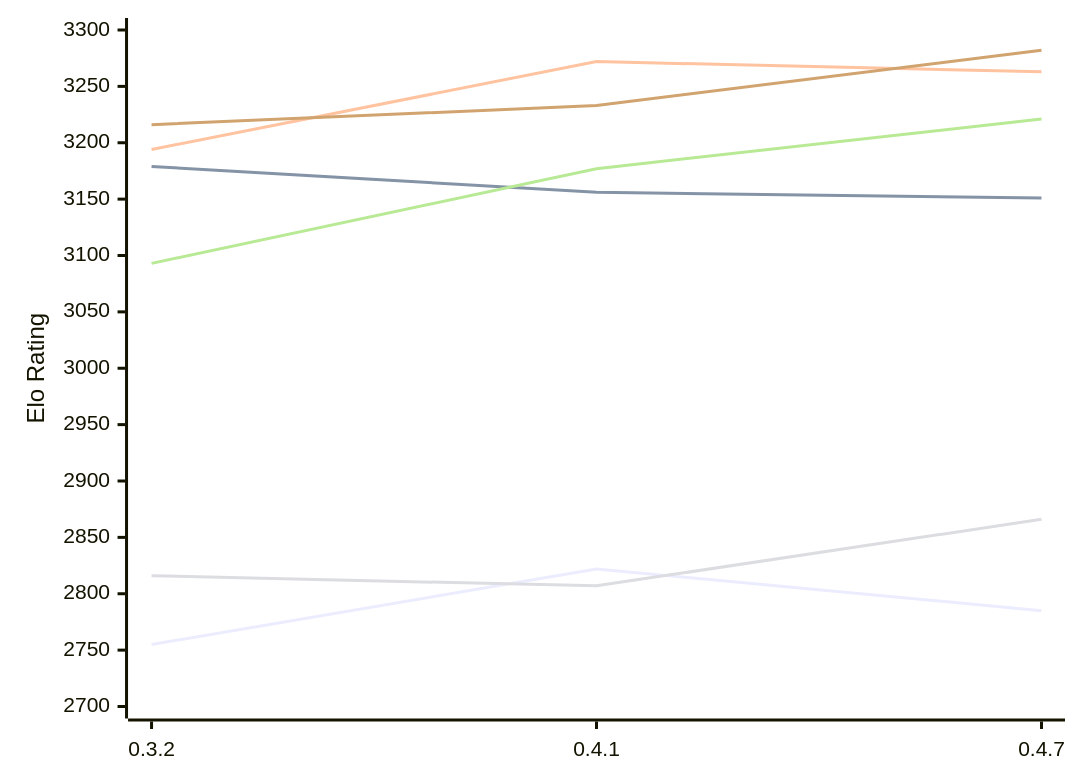
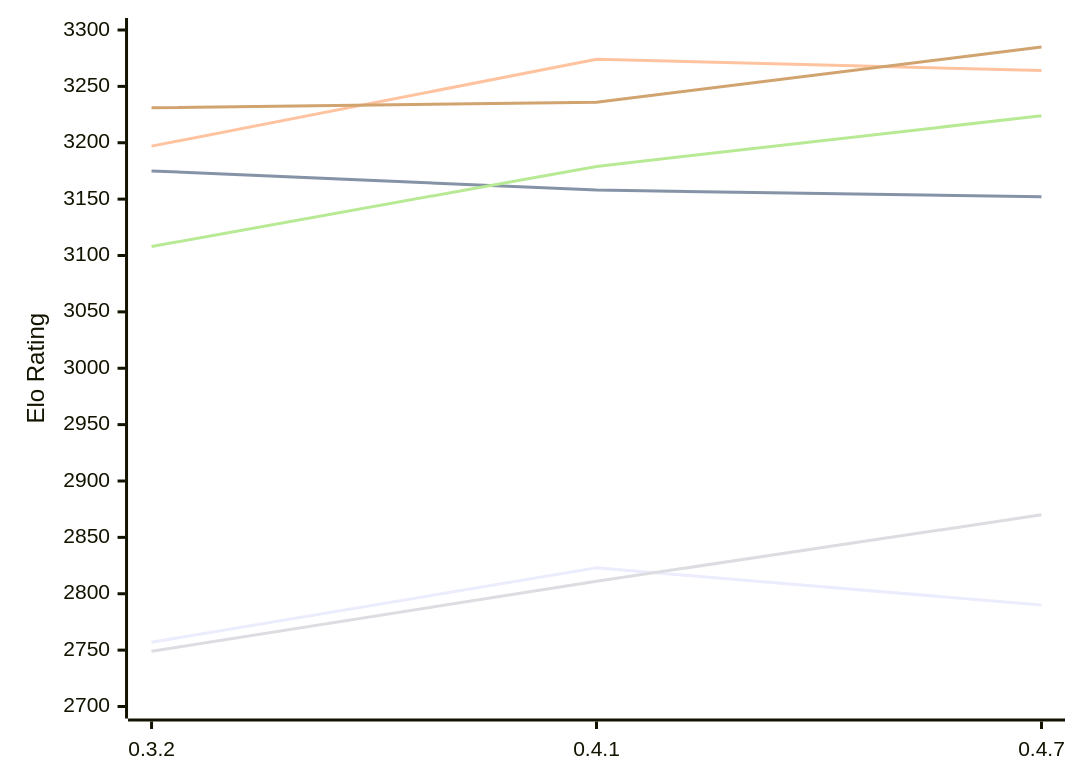
The diagram in engines/Arabica.md (computer-chess-index/cci), drawn with Mermaid before and after one commit. The commit also changed other lines of this file, not shown here.

Commit message:
Update CCI Ratings (ELO VLTC) - 2026-11-24

````diff
--- a/engines/Arabica.md
+++ b/engines/Arabica.md
@@ -51,12 +51,12 @@
 ```mermaid
 %%{init: {"theme":"base","themeVariables":{"seriesColors:['#a3a3a3','#222221','#faa371']}}}%%
 xychart-beta
   x-axis ["0.3.2", "0.4.1", "0.4.7"]
   y-axis "Elo Rating" 2700 --> 3300
-  line "E1: STC (8.0+0.08s)" [2755, 2822, 2785]
-  line "E1: LTC (60.0+0.60s)" [3179, 3156, 3151]
-  line "E1: VLTC (2m24s+1.12s)" [3194, 3272, 3263]
-  line "P1: STC (8.0+0.08s)" [2816, 2807, 2866]
-  line "P1: LTC (60.0+0.60s)" [3093, 3177, 3221]
-  line "P1: VLTC (2m24s+1.12s)" [3216, 3233, 3282]
+  line "E1: STC (8.0+0.08s)" [2757, 2823, 2790]
+  line "E1: LTC (60.0+0.60s)" [3175, 3158, 3152]
+  line "E1: VLTC (2m24s+1.12s)" [3197, 3274, 3264]
+  line "P1: STC (8.0+0.08s)" [2749, 2811, 2870]
+  line "P1: LTC (60.0+0.60s)" [3108, 3179, 3224]
+  line "P1: VLTC (2m24s+1.12s)" [3231, 3236, 3285]
 ```
````
